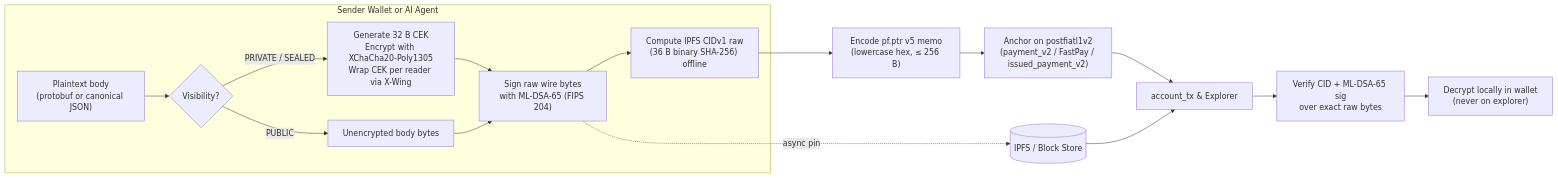
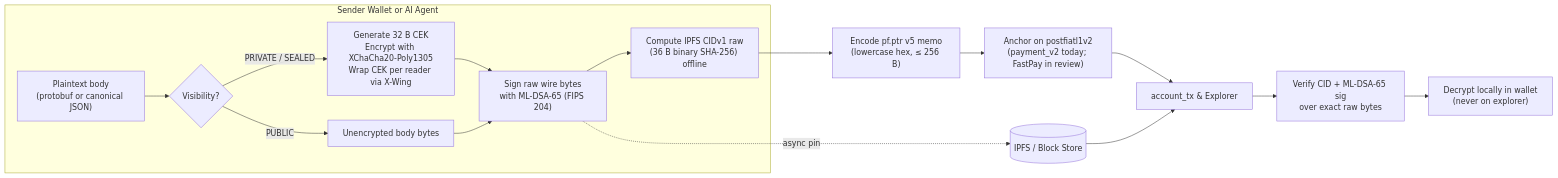
One commit to postfiatorg/postfiatorg.github.io changed the first of 2 diagrams in content/blog/post-quantum-messaging-fastpay-x402.md. Above: the diagram before and after it, drawn with Mermaid. The commit also changed other lines of this file and 1 other file, not shown here.

Commit message:
Address TIH structural critiques: threat model, self-payment SEALED (Block 1930), chunk negative controls, fee math & public JSON artifact

````diff
--- a/content/blog/post-quantum-messaging-fastpay-x402.md
+++ b/content/blog/post-quantum-messaging-fastpay-x402.md
@@ -42,18 +43,18 @@
 ```mermaid
 flowchart LR
     subgraph Client["Sender Wallet or AI Agent"]
       A["Plaintext body<br/>(protobuf or canonical JSON)"] --> B{"Visibility?"}
       B -- "PRIVATE / SEALED" --> C["Generate 32 B CEK<br/>Encrypt with XChaCha20-Poly1305<br/>Wrap CEK per reader via X-Wing"]
       B -- "PUBLIC" --> D["Unencrypted body bytes"]
       C --> E["Sign raw wire bytes<br/>with ML-DSA-65 (FIPS 204)"]
       D --> E
       E --> F["Compute IPFS CIDv1 raw<br/>(36 B binary SHA-256) offline"]
     end
     F --> G["Encode pf.ptr v5 memo<br/>(lowercase hex, &le; 256 B)"]
-    G --> H["Anchor on postfiatl1v2<br/>(payment_v2 / FastPay / issued_payment_v2)"]
+    G --> H["Anchor on postfiatl1v2<br/>(payment_v2 today; FastPay in review)"]
     E -. "async pin" .-> P[("IPFS / Block Store")]
     H --> I["account_tx &amp; Explorer"]
     P --> I
     I --> J["Verify CID + ML-DSA-65 sig<br/>over exact raw bytes"]
     J --> K["Decrypt locally in wallet<br/>(never on explorer)"]
 ```
````
